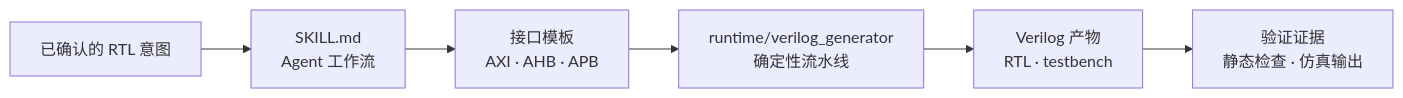
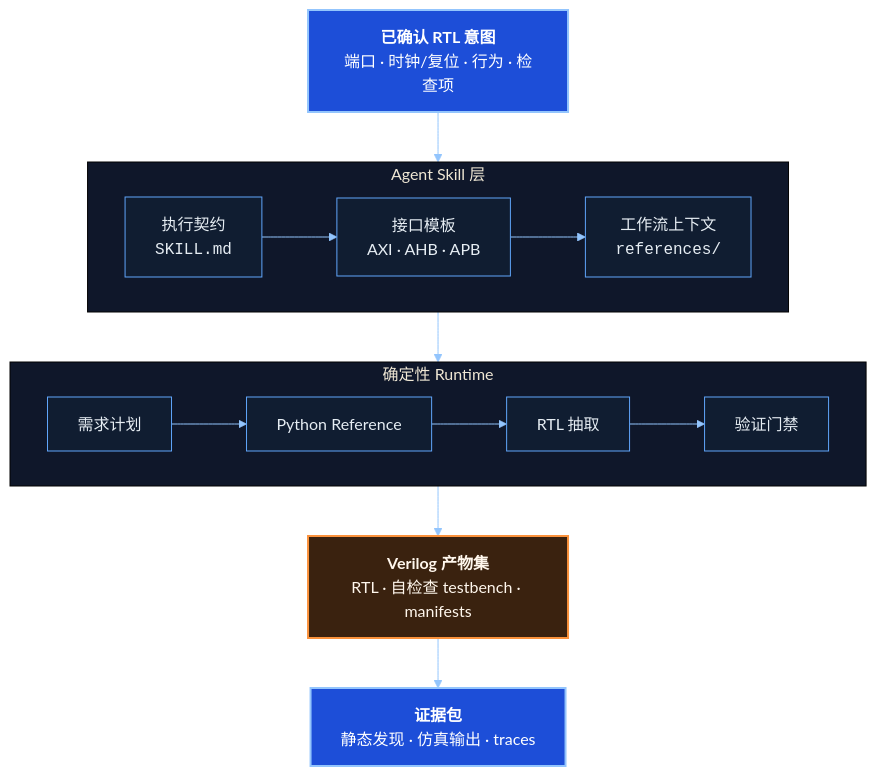
One commit to Eriemon/verilog-generator changed the first of 2 diagrams in README-CN.md. Above: the diagram before and after it, drawn with Mermaid. The commit also changed other lines of this file and 4 other files, not shown here.

Commit message:
Polish README diagrams and release metadata

````diff
--- a/README-CN.md
+++ b/README-CN.md
@@ -42,8 +43,33 @@
 ```mermaid
-flowchart LR
-    intent["已确认的 RTL 意图"] --> skill["SKILL.md<br/>Agent 工作流"]
-    skill --> templates["接口模板<br/>AXI · AHB · APB"]
-    templates --> runtime["runtime/verilog_generator<br/>确定性流水线"]
-    runtime --> rtl["Verilog 产物<br/>RTL · testbench"]
-    rtl --> evidence["验证证据<br/>静态检查 · 仿真输出"]
+%%{init: {"theme": "base", "themeVariables": {"background": "#0b1220", "primaryColor": "#101d31", "primaryTextColor": "#e6edf3", "primaryBorderColor": "#60a5fa", "lineColor": "#93c5fd", "secondaryColor": "#17233a", "tertiaryColor": "#0f172a", "fontFamily": "Inter, Segoe UI, Arial"}}}%%
+flowchart TB
+    intent["<b>已确认 RTL 意图</b><br/>端口 · 时钟/复位 · 行为 · 检查项"]
+
+    subgraph skill["Agent Skill 层"]
+      direction LR
+      guide["执行契约<br/><code>SKILL.md</code>"]
+      templates["接口模板<br/>AXI · AHB · APB"]
+      refs["工作流上下文<br/><code>references/</code>"]
+    end
+
+    subgraph runtime["确定性 Runtime"]
+      direction LR
+      plan["需求计划"]
+      oracle["Python Reference"]
+      rtl["RTL 抽取"]
+      gate["验证门禁"]
+    end
+
+    artifacts["<b>Verilog 产物集</b><br/>RTL · 自检查 testbench · manifests"]
+    evidence["<b>证据包</b><br/>静态发现 · 仿真输出 · traces"]
+
+    intent --> guide --> templates --> refs --> plan
+    plan --> oracle --> rtl --> gate --> artifacts --> evidence
+
+    classDef anchor fill:#1d4ed8,stroke:#93c5fd,color:#ffffff,stroke-width:2px;
+    classDef node fill:#101d31,stroke:#60a5fa,color:#e6edf3;
+    classDef output fill:#3a220f,stroke:#fb923c,color:#fff7ed,stroke-width:2px;
+    class intent,evidence anchor;
+    class guide,templates,refs,plan,oracle,rtl,gate node;
+    class artifacts output;
 ```
````
